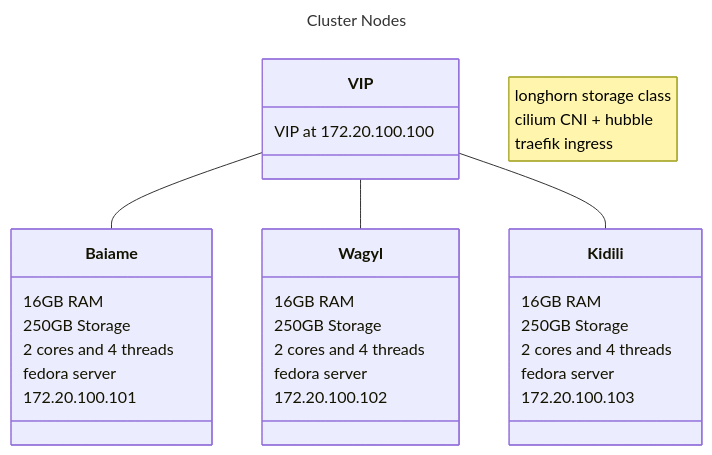
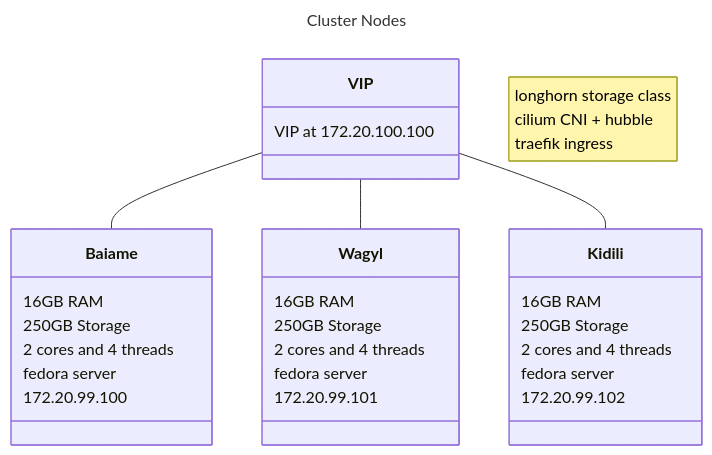
Before and after one commit to Ceald1/homelab-docs: the diagram in wiki/Home.md, drawn with Mermaid. The commit also changed 8 other files, not shown here.

````diff
--- a/wiki/Home.md
+++ b/wiki/Home.md
@@ -6,39 +6,39 @@
 ```mermaid
 ---
 title: Cluster Nodes
 ---
 classDiagram
    Baiame
    Wagyl
    Kidili
    VIP 
    VIP -- Baiame
    VIP -- Wagyl
    VIP -- Kidili
    note "longhorn storage class <br>cilium CNI + hubble<br>traefik ingress"
 
    class Baiame {
        16GB RAM
        250GB Storage
        2 cores and 4 threads
        fedora server
-       172.20.100.101
+       172.20.99.100
    }
    class Wagyl {
        16GB RAM
        250GB Storage
        2 cores and 4 threads
        fedora server
-       172.20.100.102
+       172.20.99.101
    }
    class Kidili {
        16GB RAM
        250GB Storage
        2 cores and 4 threads
        fedora server
-       172.20.100.103
+       172.20.99.102
    }
    class VIP {
        VIP at 172.20.100.100
    }
 ```
````
